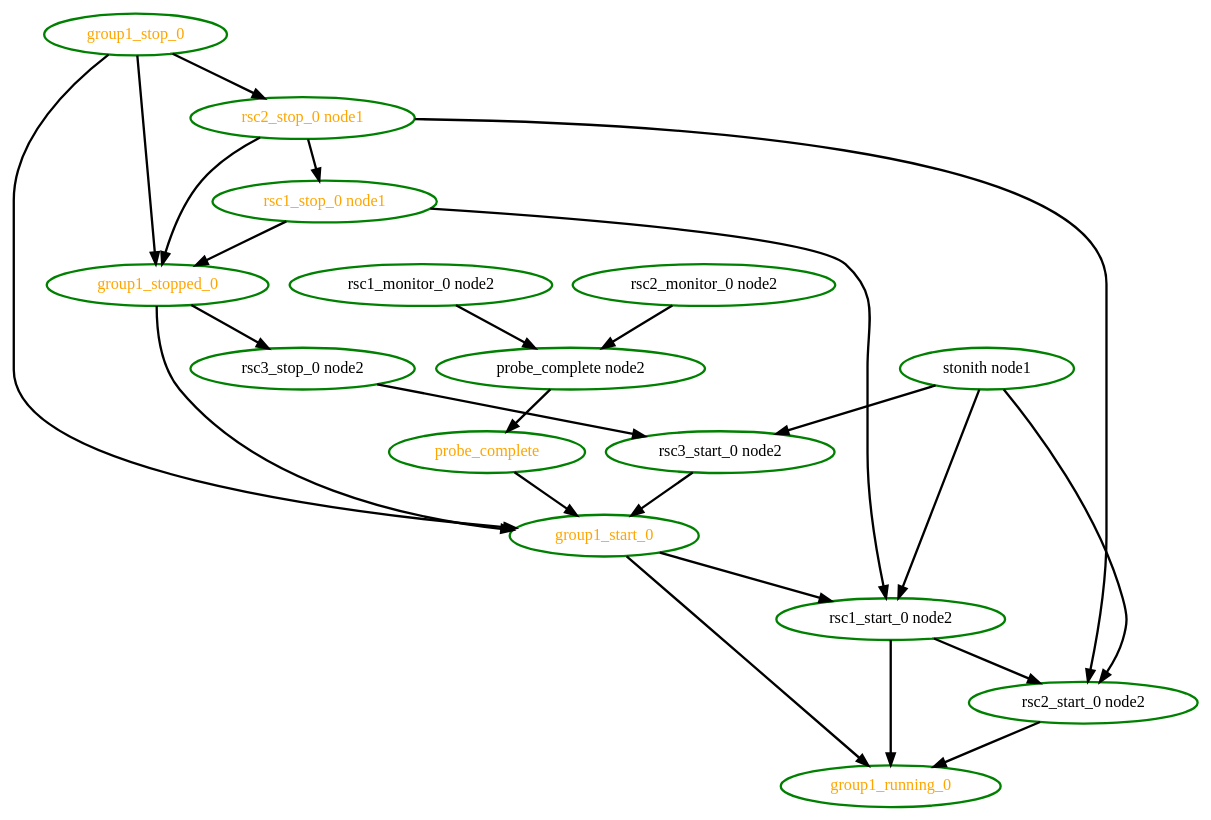
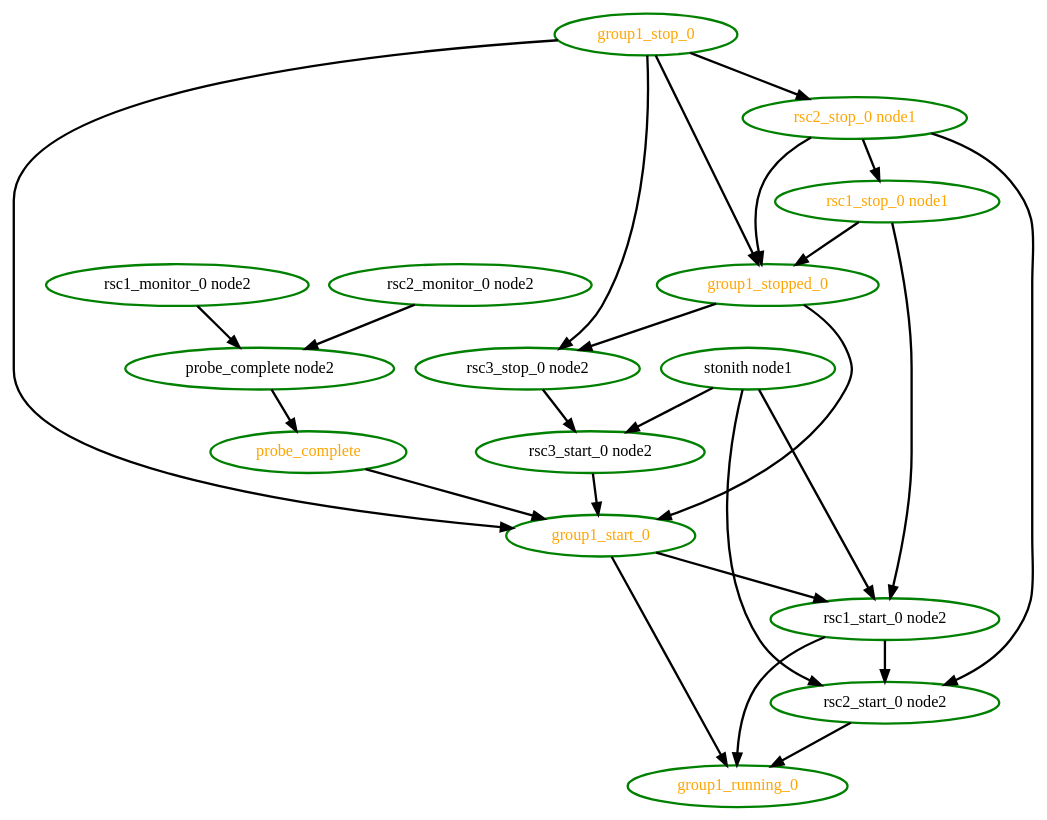
The diagram in crm/pengine/testcases/rec-node-11.dot (richiewen8/heartbeat), drawn with Graphviz before and after one commit. The commit also changed 26 other files, not shown here.

```diff
--- a/crm/pengine/testcases/rec-node-11.dot
+++ b/crm/pengine/testcases/rec-node-11.dot
@@ -1,41 +1,42 @@
  digraph "g" {
 "group1_running_0" [ style=bold color="green" fontcolor="orange" ]
 "group1_start_0" -> "group1_running_0" [ style = bold]
 "group1_start_0" -> "rsc1_start_0 node2" [ style = bold]
 "group1_start_0" [ style=bold color="green" fontcolor="orange" ]
 "group1_stop_0" -> "group1_start_0" [ style = bold]
 "group1_stop_0" -> "group1_stopped_0" [ style = bold]
 "group1_stop_0" -> "rsc2_stop_0 node1" [ style = bold]
+"group1_stop_0" -> "rsc3_stop_0 node2" [ style = bold]
 "group1_stop_0" [ style=bold color="green" fontcolor="orange" ]
 "group1_stopped_0" -> "group1_start_0" [ style = bold]
 "group1_stopped_0" -> "rsc3_stop_0 node2" [ style = bold]
 "group1_stopped_0" [ style=bold color="green" fontcolor="orange" ]
 "probe_complete node2" -> "probe_complete" [ style = bold]
 "probe_complete node2" [ style=bold color="green" fontcolor="black" ]
 "probe_complete" -> "group1_start_0" [ style = bold]
 "probe_complete" [ style=bold color="green" fontcolor="orange" ]
 "rsc1_monitor_0 node2" -> "probe_complete node2" [ style = bold]
 "rsc1_monitor_0 node2" [ style=bold color="green" fontcolor="black" ]
 "rsc1_start_0 node2" -> "group1_running_0" [ style = bold]
 "rsc1_start_0 node2" -> "rsc2_start_0 node2" [ style = bold]
 "rsc1_start_0 node2" [ style=bold color="green" fontcolor="black" ]
 "rsc1_stop_0 node1" -> "group1_stopped_0" [ style = bold]
 "rsc1_stop_0 node1" -> "rsc1_start_0 node2" [ style = bold]
 "rsc1_stop_0 node1" [ style=bold color="green" fontcolor="orange" ]
 "rsc2_monitor_0 node2" -> "probe_complete node2" [ style = bold]
 "rsc2_monitor_0 node2" [ style=bold color="green" fontcolor="black" ]
 "rsc2_start_0 node2" -> "group1_running_0" [ style = bold]
 "rsc2_start_0 node2" [ style=bold color="green" fontcolor="black" ]
 "rsc2_stop_0 node1" -> "group1_stopped_0" [ style = bold]
 "rsc2_stop_0 node1" -> "rsc1_stop_0 node1" [ style = bold]
 "rsc2_stop_0 node1" -> "rsc2_start_0 node2" [ style = bold]
 "rsc2_stop_0 node1" [ style=bold color="green" fontcolor="orange" ]
 "rsc3_start_0 node2" -> "group1_start_0" [ style = bold]
 "rsc3_start_0 node2" [ style=bold color="green" fontcolor="black" ]
 "rsc3_stop_0 node2" -> "rsc3_start_0 node2" [ style = bold]
 "rsc3_stop_0 node2" [ style=bold color="green" fontcolor="black" ]
 "stonith node1" -> "rsc1_start_0 node2" [ style = bold]
 "stonith node1" -> "rsc2_start_0 node2" [ style = bold]
 "stonith node1" -> "rsc3_start_0 node2" [ style = bold]
 "stonith node1" [ style=bold color="green" fontcolor="black" ]
 }
```
